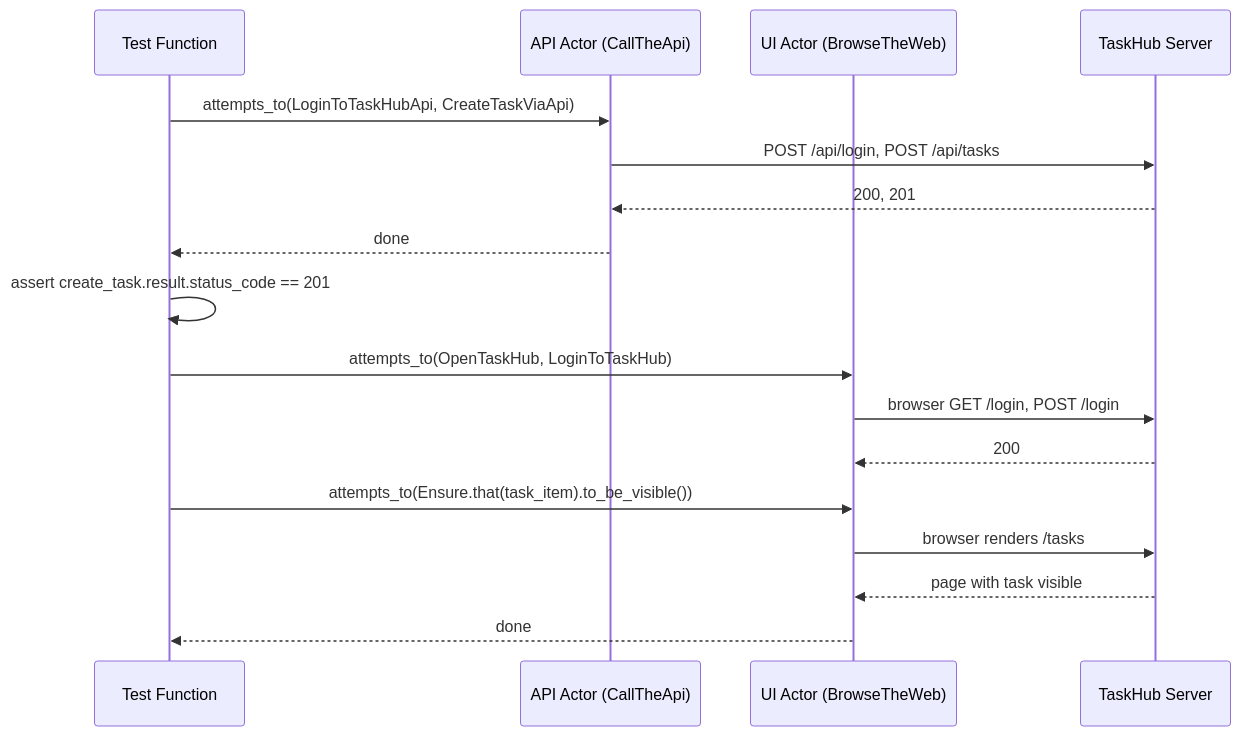
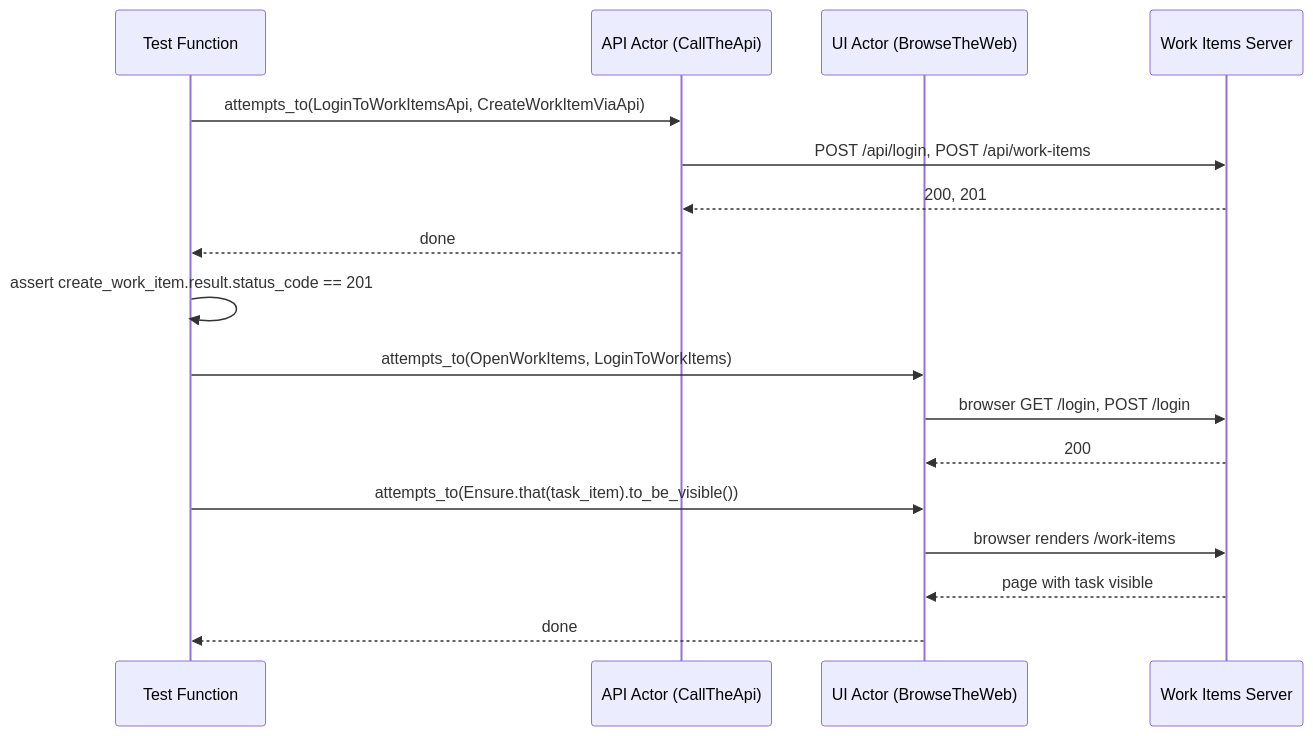
Before and after one commit to stansiris/playwright-pytest-screenplay-framework: the eighth of 8 diagrams in docs/architecture.md, drawn with Mermaid. The commit also changed other lines of this file and 91 other files, not shown here.

Commit message:
Rename TaskHub example to Work Items

````diff
--- a/docs/architecture.md
+++ b/docs/architecture.md
@@ -323,22 +323,22 @@
 ```mermaid
 sequenceDiagram
   participant Test as Test Function
   participant ApiActor as API Actor (CallTheApi)
   participant UiActor as UI Actor (BrowseTheWeb)
-  participant Server as TaskHub Server
+  participant Server as Work Items Server
 
-  Test->>ApiActor: attempts_to(LoginToTaskHubApi, CreateTaskViaApi)
-  ApiActor->>Server: POST /api/login, POST /api/tasks
+  Test->>ApiActor: attempts_to(LoginToWorkItemsApi, CreateWorkItemViaApi)
+  ApiActor->>Server: POST /api/login, POST /api/work-items
   Server-->>ApiActor: 200, 201
   ApiActor-->>Test: done
-  Test->>Test: assert create_task.result.status_code == 201
+  Test->>Test: assert create_work_item.result.status_code == 201
 
-  Test->>UiActor: attempts_to(OpenTaskHub, LoginToTaskHub)
+  Test->>UiActor: attempts_to(OpenWorkItems, LoginToWorkItems)
   UiActor->>Server: browser GET /login, POST /login
   Server-->>UiActor: 200
 
   Test->>UiActor: attempts_to(Ensure.that(task_item).to_be_visible())
-  UiActor->>Server: browser renders /tasks
+  UiActor->>Server: browser renders /work-items
   Server-->>UiActor: page with task visible
   UiActor-->>Test: done
 ```
````
